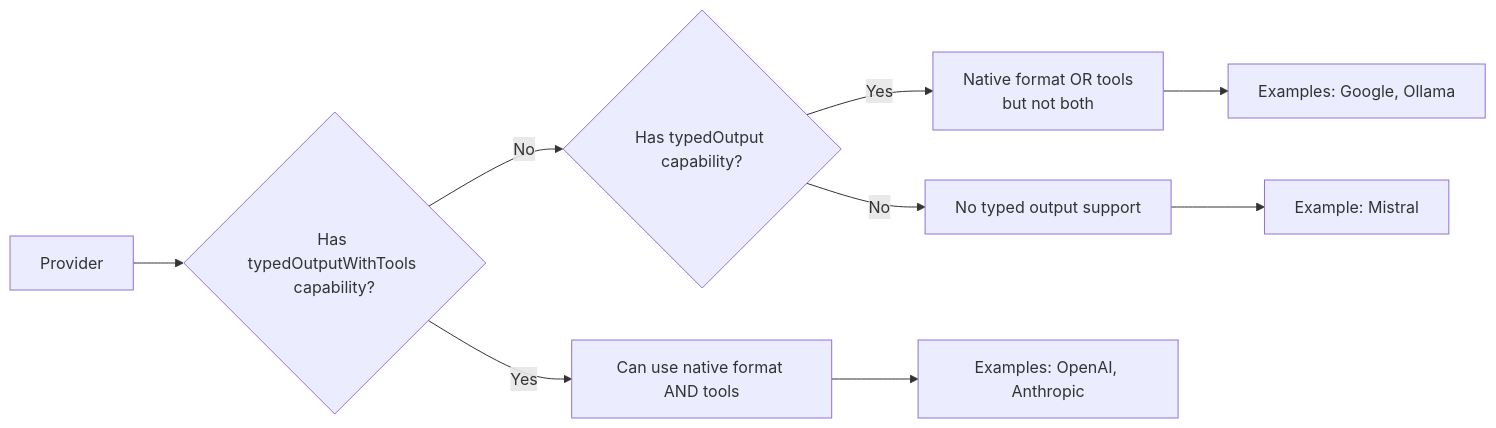
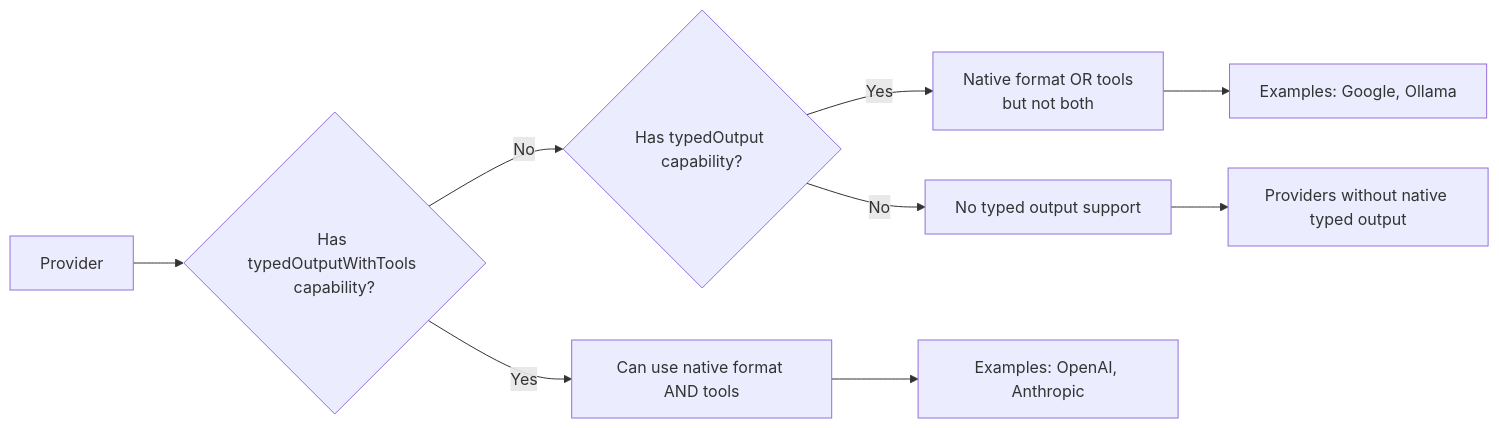
One commit to csells/dartantic_ai changed the second of 3 diagrams in wiki/Typed-Output-Architecture.md. Above: the diagram before and after it, drawn with Mermaid. The commit also changed other lines of this file and 9 other files, not shown here.

Commit message:
Refactored Mistral and Ollama chat model implementations to utilize new features, including JSON schema support for Ollama and accurate token usage reporting for Mistral.

````diff
--- a/wiki/Typed-Output-Architecture.md
+++ b/wiki/Typed-Output-Architecture.md
@@ -47,12 +47,12 @@
 ```mermaid
 flowchart LR
     A[Provider] --> B{Has typedOutputWithTools capability?}
     B -->|Yes| C[Can use native format AND tools]
     B -->|No| D{Has typedOutput capability?}
     D -->|Yes| E[Native format OR tools<br/>but not both]
     D -->|No| F[No typed output support]
     
     C --> G[Examples: OpenAI, Anthropic]
     E --> H[Examples: Google, Ollama]
-    F --> I[Example: Mistral]
+    F --> I[Providers without native typed output]
 ```
````
